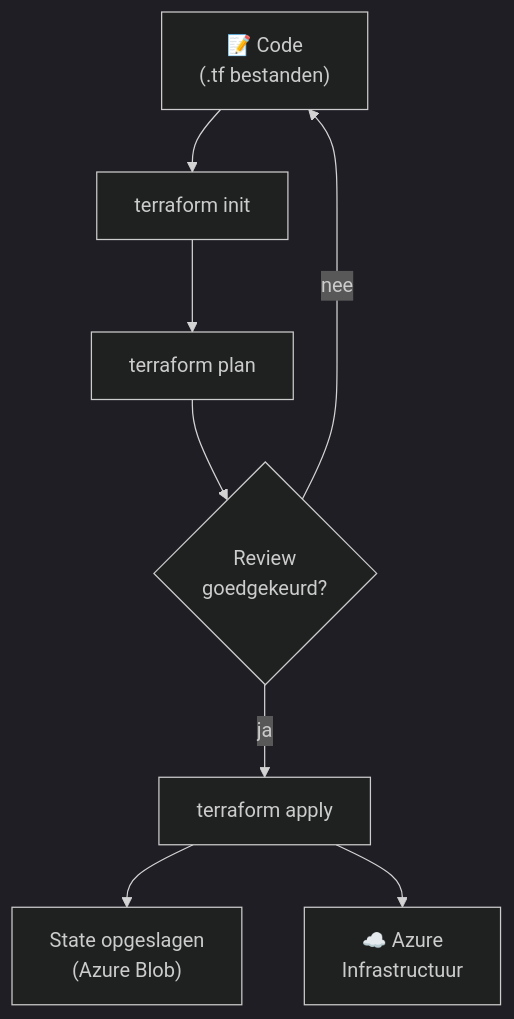
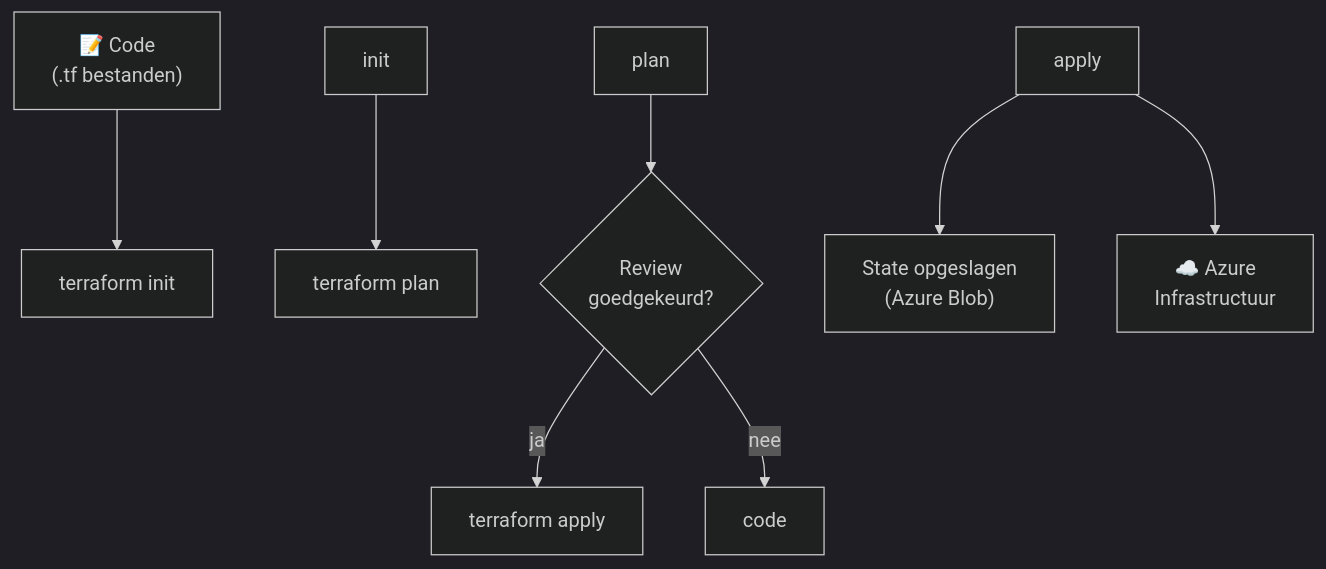
The diagram in content/stijlgids/alle-elementen.md (bramkerckhoffs/docs), drawn with Mermaid (dark theme) before and after one commit. The commit also changed other lines of this file, not shown here.

```diff
--- a/content/stijlgids/alle-elementen.md
+++ b/content/stijlgids/alle-elementen.md
@@ -185,10 +199,10 @@
 {{< mermaid >}}
 flowchart TD
-  code["📝 Code\n(.tf bestanden)"] --> init["terraform init"]
-  init --> plan["terraform plan"]
+  code\["📝 Code\n(.tf bestanden)"] --> init\["terraform init"]
+  init --> plan\["terraform plan"]
   plan --> review{"Review\ngoedgekeurd?"}
-  review -->|ja| apply["terraform apply"]
+  review -->|ja| apply\["terraform apply"]
   review -->|nee| code
-  apply --> state["State opgeslagen\n(Azure Blob)"]
-  apply --> infra["☁️ Azure\nInfrastructuur"]
+  apply --> state\["State opgeslagen\n(Azure Blob)"]
+  apply --> infra\["☁️ Azure\nInfrastructuur"]
 {{< /mermaid >}}
```
